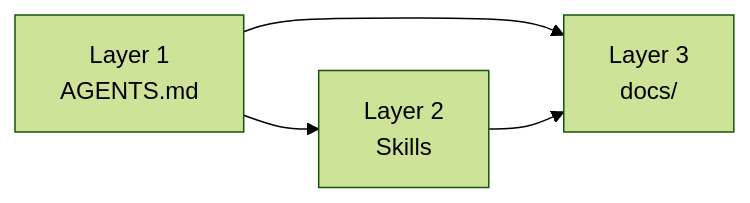
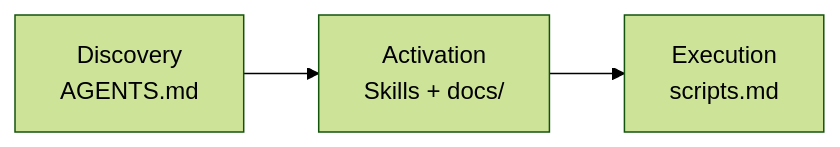
One commit to SergiuSavva/ai-context-docs-lifecycle changed the diagram in content/methodology.md. Above: the diagram before and after it, drawn with Mermaid (forest theme). The commit also changed other lines of this file and 14 other files, not shown here.

````diff
--- a/content/methodology.md
+++ b/content/methodology.md
@@ -29,6 +29,5 @@
 ```mermaid
 flowchart LR
-    A["Layer 1<br/>AGENTS.md"] --> S["Layer 2<br/>Skills"]
-    A --> D["Layer 3<br/>docs/"]
-    S --> D
+    A["Discovery<br/>AGENTS.md"] --> S["Activation<br/>Skills + docs/"]
+    S --> E["Execution<br/>scripts.md"]
 ```
````
